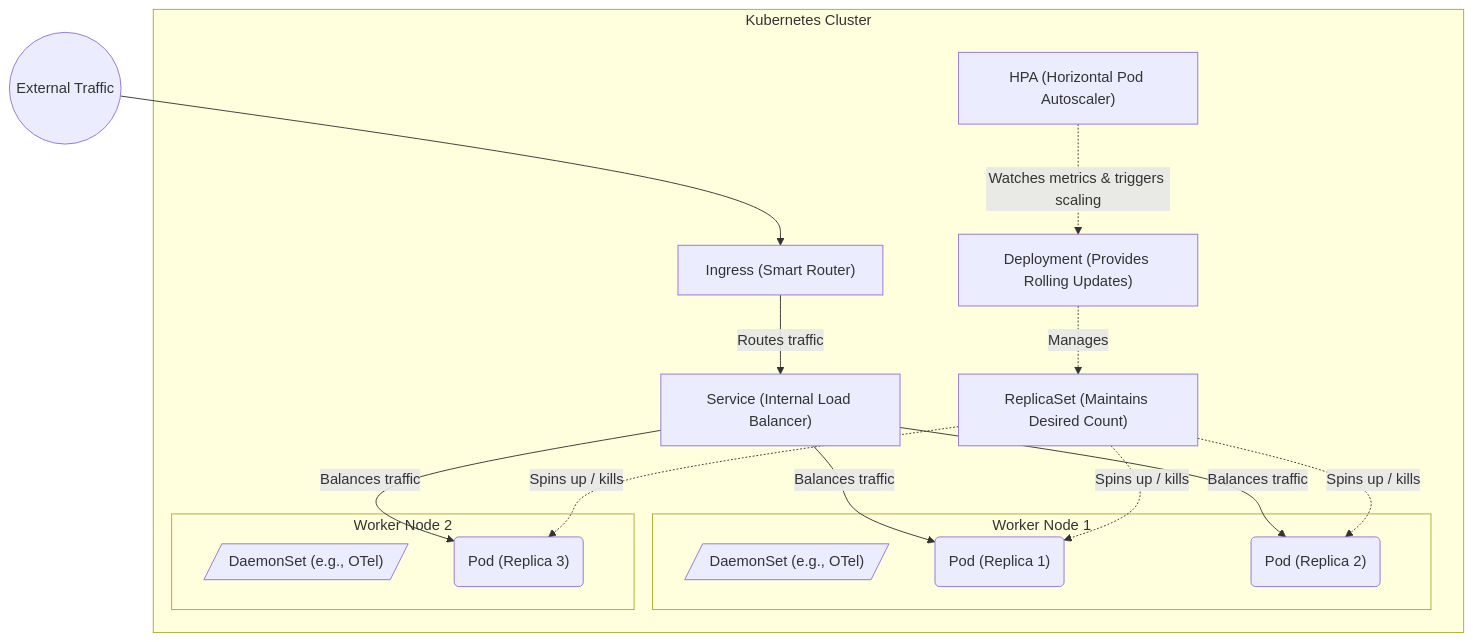
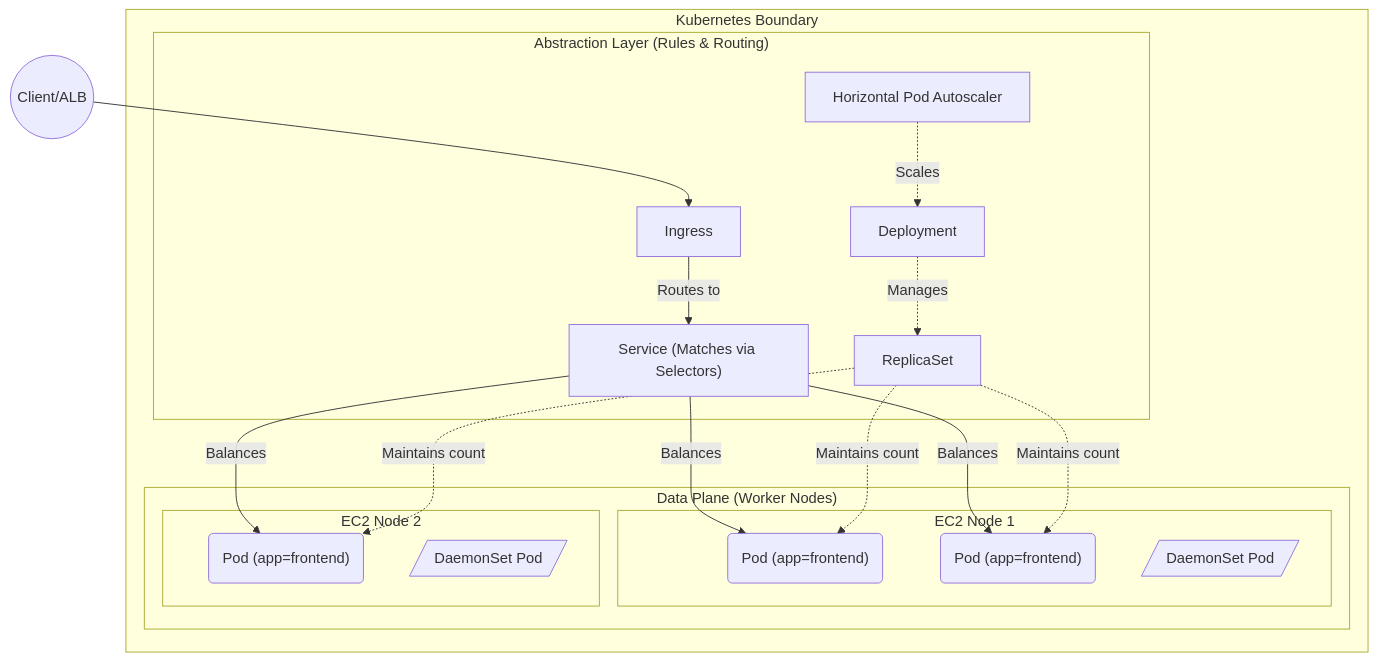
The diagram in Kubernetes/docs/concepts-k8s.md (vikkastaneja/Infrastructure), drawn with Mermaid before and after one commit. The commit also changed other lines of this file and 4 other files, not shown here.

````diff
--- a/Kubernetes/docs/concepts-k8s.md
+++ b/Kubernetes/docs/concepts-k8s.md
@@ -37,36 +45,41 @@
 ```mermaid
-flowchart TD
-    ext((External Traffic)) --> Ingress
+flowchart TB
+    Client((Client/ALB)) --> Ingress
     
-    subgraph Kubernetes Cluster
-        Ingress["Ingress (Smart Router)"]
-        Service["Service (Internal Load Balancer)"]
+    subgraph K8S ["Kubernetes Boundary"]
         
-        Ingress -->|Routes traffic| Service
-        
-        subgraph Node 1 ["Worker Node 1"]
-            DS1[/"DaemonSet (e.g., OTel)"/]
-            Pod1("Pod (Replica 1)")
-            Pod2("Pod (Replica 2)")
+        subgraph Logical ["Abstraction Layer (Rules & Routing)"]
+            Ingress["Ingress"]
+            Service["Service (Matches via Selectors)"]
+            HPA["Horizontal Pod Autoscaler"]
+            Deploy["Deployment"]
+            RS["ReplicaSet"]
+            
+            Ingress -->|Routes to| Service
+            HPA -.->|Scales| Deploy
+            Deploy -.->|Manages| RS
         end
         
-        subgraph Node 2 ["Worker Node 2"]
-            DS2[/"DaemonSet (e.g., OTel)"/]
-            Pod3("Pod (Replica 3)")
+        subgraph Physical ["Data Plane (Worker Nodes)"]
+            subgraph Node1 ["EC2 Node 1"]
+                Pod1("Pod (app=frontend)")
+                Pod2("Pod (app=frontend)")
+                DS1[/"DaemonSet Pod"/]
+            end
+            
+            subgraph Node2 ["EC2 Node 2"]
+                Pod3("Pod (app=frontend)")
+                DS2[/"DaemonSet Pod"/]
+            end
         end
         
-        Service -->|Balances traffic| Pod1
-        Service -->|Balances traffic| Pod2
-        Service -->|Balances traffic| Pod3
+        %% Connections from logical to physical
+        Service -->|Balances| Pod1
+        Service -->|Balances| Pod2
+        Service -->|Balances| Pod3
         
-        Deployment["Deployment (Provides Rolling Updates)"]
-        ReplicaSet["ReplicaSet (Maintains Desired Count)"]
-        HPA["HPA (Horizontal Pod Autoscaler)"]
-        
-        HPA -.->|Watches metrics & triggers scaling| Deployment
-        Deployment -.->|Manages| ReplicaSet
-        ReplicaSet -.->|Spins up / kills| Pod1
-        ReplicaSet -.->|Spins up / kills| Pod2
-        ReplicaSet -.->|Spins up / kills| Pod3
+        RS -.->|Maintains count| Pod1
+        RS -.->|Maintains count| Pod2
+        RS -.->|Maintains count| Pod3
     end
 ```
````
